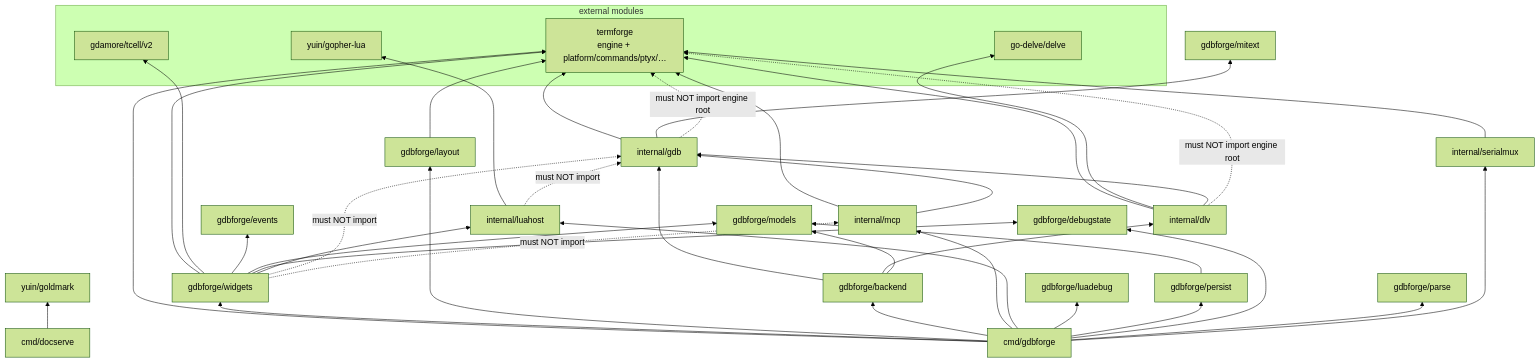
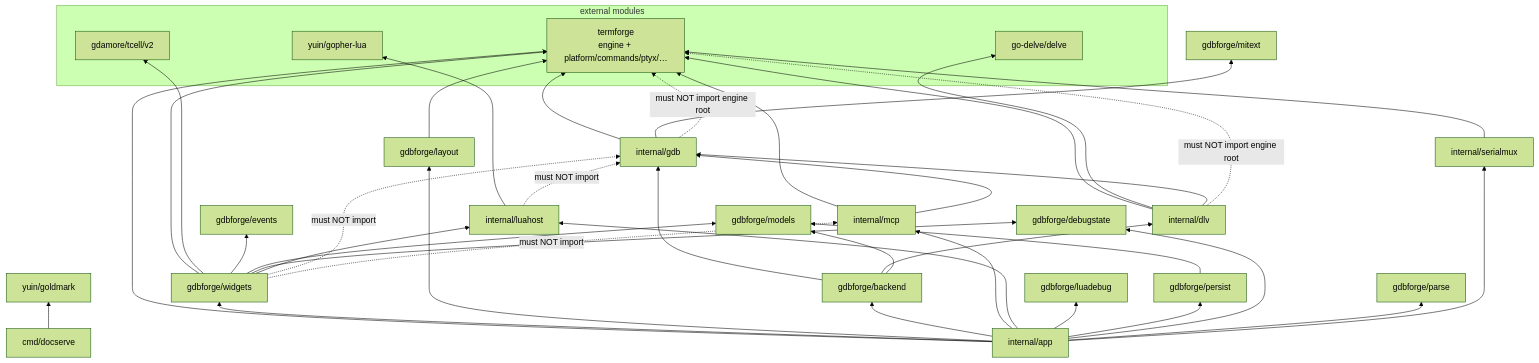
One commit to yairgd/gdbforge changed the diagram in docs/DEPENDENCIES.md. Above: the diagram before and after it, drawn with Mermaid (forest theme). The commit also changed other lines of this file and 160 other files, not shown here.

````diff
--- a/docs/DEPENDENCIES.md
+++ b/docs/DEPENDENCIES.md
@@ -93,71 +94,71 @@
 ```mermaid
 flowchart BT
     subgraph External["external modules"]
         termforge["termforge<br/>engine + platform/commands/ptyx/…"]
         tcell["gdamore/tcell/v2"]
         delve["go-delve/delve"]
         lua["yuin/gopher-lua"]
     end
 
     gdb["internal/gdb"]
     dlv["internal/dlv"]
     mcp["internal/mcp"]
     luahost["internal/luahost"]
     serialmux["internal/serialmux"]
 
     models["gdbforge/models"]
     mitext["gdbforge/mitext"]
     parse["gdbforge/parse"]
     events["gdbforge/events"]
     debugstate["gdbforge/debugstate"]
     backend["gdbforge/backend"]
     widgets["gdbforge/widgets"]
     layoutpkg["gdbforge/layout"]
     luadebug["gdbforge/luadebug"]
     persist["gdbforge/persist"]
 
-    app["cmd/gdbforge"]
+    app["internal/app"]
     docserve["cmd/docserve"]
 
     gdb --> termforge
     dlv --> termforge
     dlv --> delve
     mcp --> termforge
     luahost --> lua
     serialmux --> termforge
     persist --> models
 
     widgets --> termforge
     widgets --> tcell
     widgets --> events
     widgets --> models
     widgets --> debugstate
     widgets --> luahost
     layoutpkg --> termforge
     backend --> gdb
     backend --> dlv
     backend --> models
     gdb --> mitext
     mcp --> gdb
     dlv --> gdb
 
     app --> termforge
     app --> widgets
     app --> layoutpkg
     app --> backend
     app --> mcp
     app --> luahost
     app --> luadebug
     app --> persist
     app --> debugstate
     app --> parse
     app --> serialmux
 
     docserve --> goldmark["yuin/goldmark"]
 
     gdb -.->|"must NOT import engine root"| termforge
     dlv -.->|"must NOT import engine root"| termforge
     widgets -.->|"must NOT import"| gdb
     widgets -.->|"must NOT import"| mcp
     luahost -.->|"must NOT import"| gdb
 ```
````
